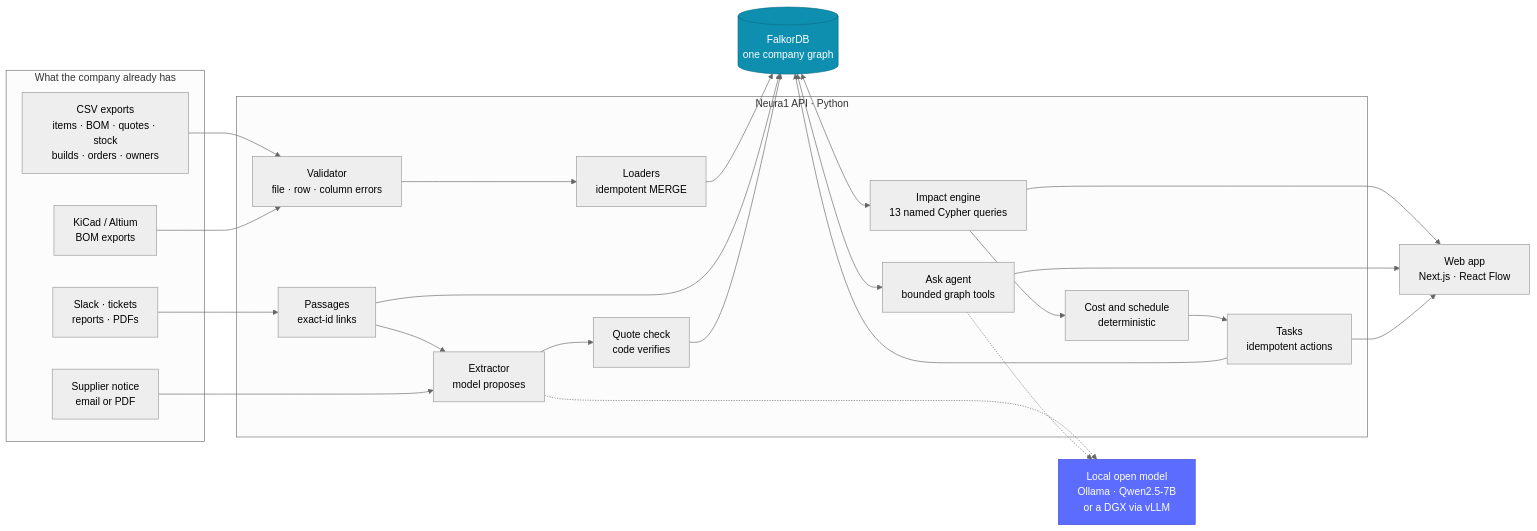
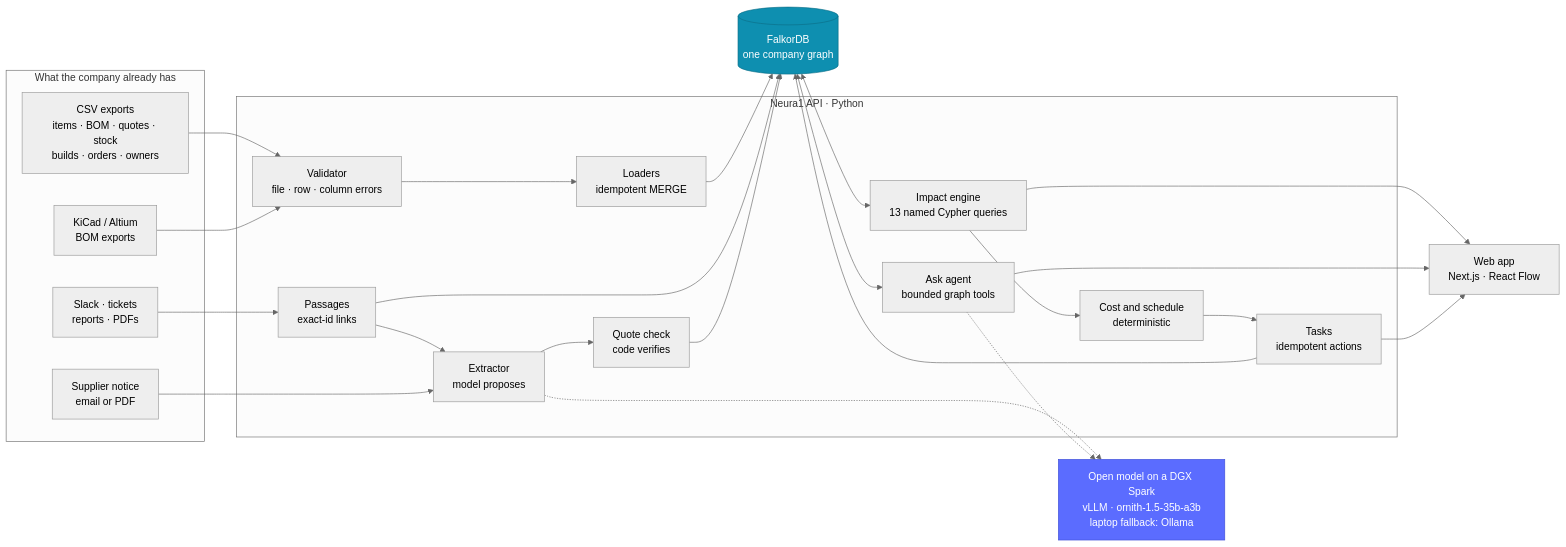
The second of 6 diagrams in README.md (SaiSiddharthBS/Neura1), drawn with Mermaid (neutral theme) before and after one commit. The commit also changed other lines of this file and 11 other files, not shown here.

First line of the commit message:
Run every model task on the DGX Spark, including a background reader

````diff
--- a/README.md
+++ b/README.md
@@ -276,43 +276,43 @@
 ```mermaid
 flowchart LR
     subgraph IN["What the company already has"]
         A["CSV exports<br/>items · BOM · quotes · stock<br/>builds · orders · owners"]
         B["KiCad / Altium<br/>BOM exports"]
         C["Slack · tickets<br/>reports · PDFs"]
         N["Supplier notice<br/>email or PDF"]
     end
 
     subgraph CORE["Neura1 API · Python"]
         V["Validator<br/>file · row · column errors"]
         L["Loaders<br/>idempotent MERGE"]
         P["Passages<br/>exact-id links"]
         X["Extractor<br/>model proposes"]
         Q["Quote check<br/>code verifies"]
         I["Impact engine<br/>13 named Cypher queries"]
         K["Cost and schedule<br/>deterministic"]
         T["Tasks<br/>idempotent actions"]
         G["Ask agent<br/>bounded graph tools"]
     end
 
     DB[("FalkorDB<br/>one company graph")]
-    M["Local open model<br/>Ollama · Qwen2.5-7B<br/>or a DGX via vLLM"]
+    M["Open model on a DGX Spark<br/>vLLM · ornith-1.5-35b-a3b<br/>laptop fallback: Ollama"]
     W["Web app<br/>Next.js · React Flow"]
 
     A --> V --> L --> DB
     B --> V
     C --> P --> DB
     P --> X --> Q --> DB
     N --> X
     X -.-> M
     G -.-> M
     DB <--> I --> K --> T --> DB
     DB <--> G
     I --> W
     G --> W
     T --> W
 
     classDef graphdb fill:#0e8fb0,stroke:#0b6f88,color:#fff
     classDef model fill:#5b6cff,stroke:#3f4fd6,color:#fff
     class DB graphdb
     class M model
 ```
````
